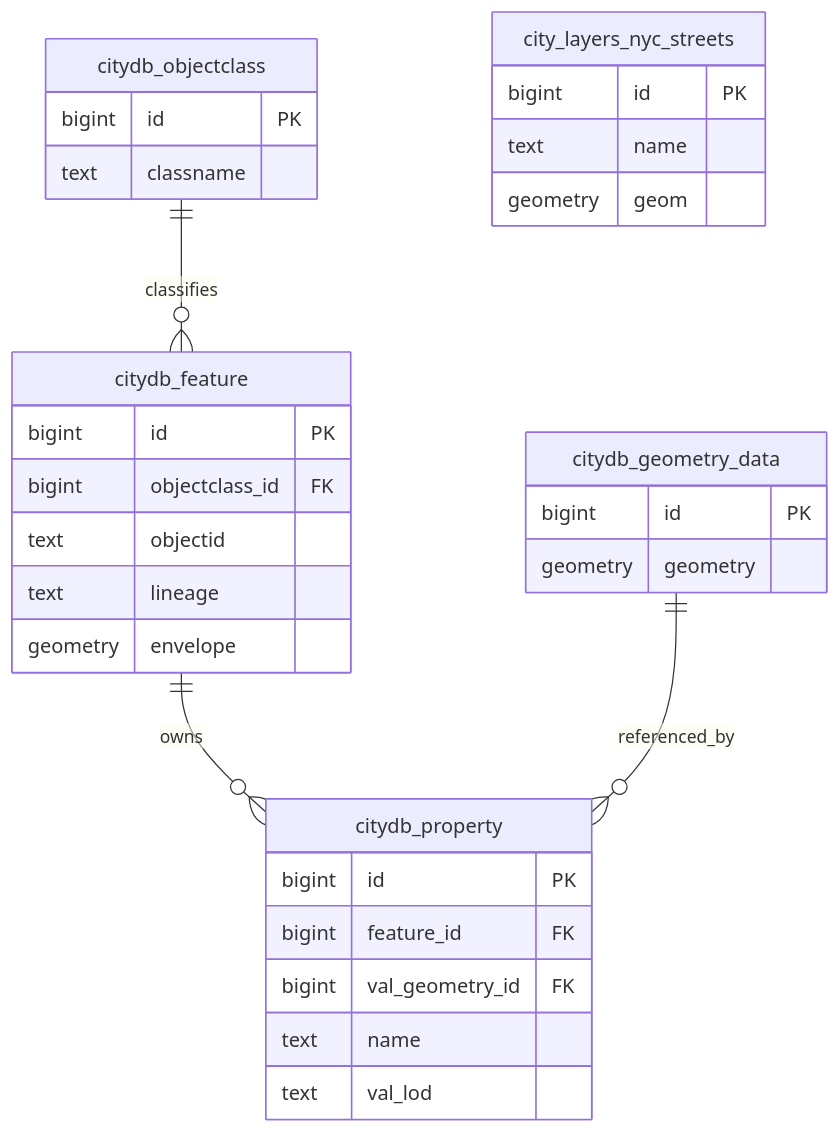
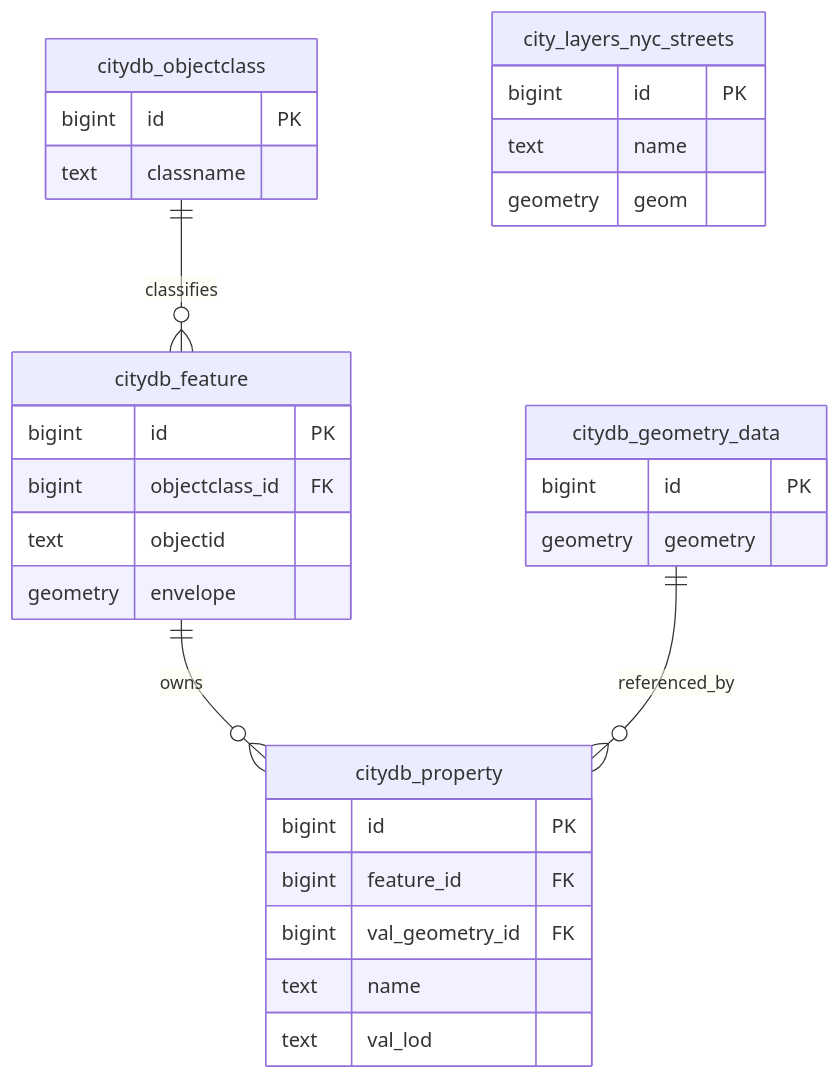
One commit to AlexisLeite/3ddb changed the fourth of 8 diagrams in docs/architecture-diagrams.md. Above: the diagram before and after it, drawn with Mermaid. The commit also changed other lines of this file and 38 other files, not shown here.

````diff
--- a/docs/architecture-diagrams.md
+++ b/docs/architecture-diagrams.md
@@ -278,38 +270,37 @@
 ```mermaid
 erDiagram
   citydb_feature {
     bigint id PK
     bigint objectclass_id FK
     text objectid
-    text lineage
     geometry envelope
   }
 
   citydb_property {
     bigint id PK
     bigint feature_id FK
     bigint val_geometry_id FK
     text name
     text val_lod
   }
 
   citydb_geometry_data {
     bigint id PK
     geometry geometry
   }
 
   citydb_objectclass {
     bigint id PK
     text classname
   }
 
   city_layers_nyc_streets {
     bigint id PK
     text name
     geometry geom
   }
 
   citydb_objectclass ||--o{ citydb_feature : classifies
   citydb_feature ||--o{ citydb_property : owns
   citydb_geometry_data ||--o{ citydb_property : referenced_by
 ```
````
